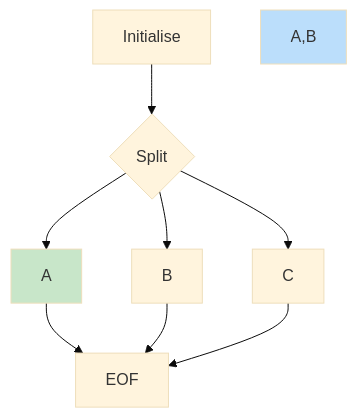
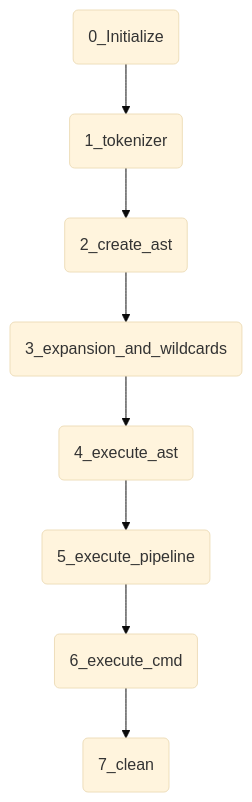
One commit to G-Lck/minishell changed the diagram in README.md. Above: the diagram before and after it, drawn with Mermaid (base theme). The commit also changed other lines of this file, not shown here.

````diff
--- a/README.md
+++ b/README.md
@@ -6,13 +6,11 @@
 ```mermaid
 graph TD
-    A[Initialise] --> B{Split}
-    B --> C[A]
-    B --> D[B]
-    B --> E[C]
-    C --> F[EOF]
-    D --> F
-    E --> F
+    A(0_Initialize) --> B(1_tokenizer)
+    B --> C(2_create_ast)
+    C --> D(3_expansion_and_wildcards)
+    D --> E(4_execute_ast)
+    E --> F(5_execute_pipeline)
+    F --> G(6_execute_cmd)
+    G --> H(7_clean)
 
-style A,B fill:#bbdefb
-style C fill:#c8e6c9
 ```
````
